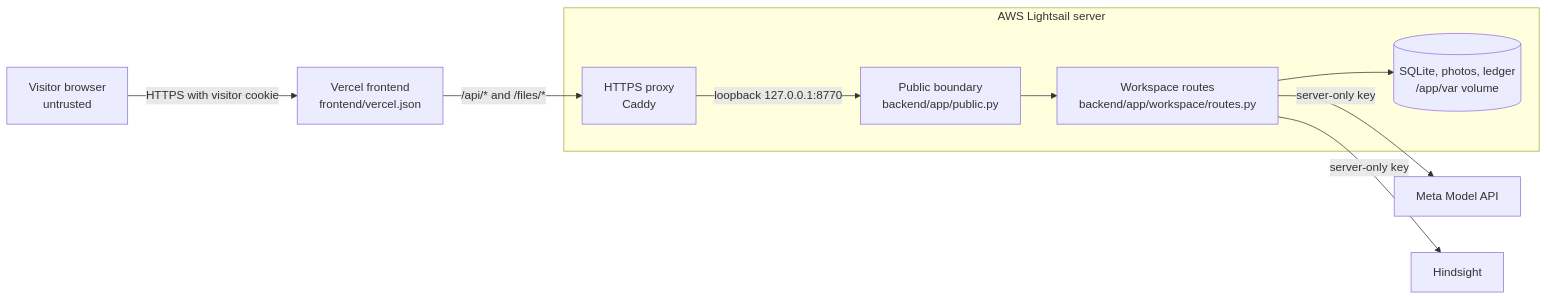
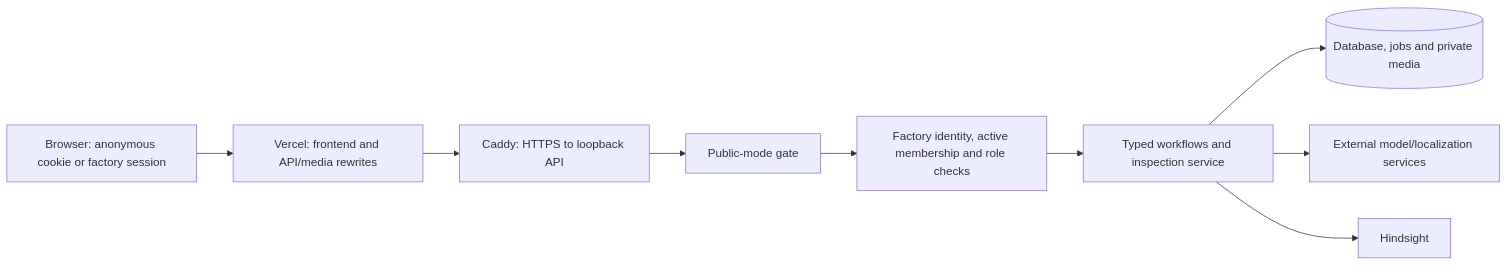
Before and after one commit to PDGamerSG/speclens: the diagram in docs/security/threat-model.md, drawn with Mermaid. The commit also changed other lines of this file and 57 other files, not shown here.

Commit message:
feat: add governed factory inspection workspace

````diff
--- a/docs/security/threat-model.md
+++ b/docs/security/threat-model.md
@@ -27,21 +28,16 @@
 ```mermaid
 flowchart LR
-  visitor["Visitor browser<br/>untrusted"]
-  edge["Vercel frontend<br/>frontend/vercel.json"]
-  subgraph server["AWS Lightsail server"]
-    caddy["HTTPS proxy<br/>Caddy"]
-    gate["Public boundary<br/>backend/app/public.py"]
-    routes["Workspace routes<br/>backend/app/workspace/routes.py"]
-    db[("SQLite, photos, ledger<br/>/app/var volume")]
-  end
-  vision["Meta Model API"]
-  hind["Hindsight"]
-
-  visitor -- "HTTPS with visitor cookie" --> edge
-  edge -- "/api/* and /files/*" --> caddy
-  caddy -- "loopback 127.0.0.1:8770" --> gate
-  gate --> routes
-  routes --> db
-  routes -- "server-only key" --> vision
-  routes -- "server-only key" --> hind
+  browser["Browser: anonymous cookie or factory session"]
+  edge["Vercel: frontend and API/media rewrites"]
+  proxy["Caddy: HTTPS to loopback API"]
+  public["Public-mode gate"]
+  auth["Factory identity, active membership and role checks"]
+  api["Typed workflows and inspection service"]
+  data[("Database, jobs and private media")]
+  model["External model/localization services"]
+  memory["Hindsight"]
+  browser --> edge --> proxy --> public --> auth --> api
+  api --> data
+  api --> model
+  api --> memory
 ```
````
